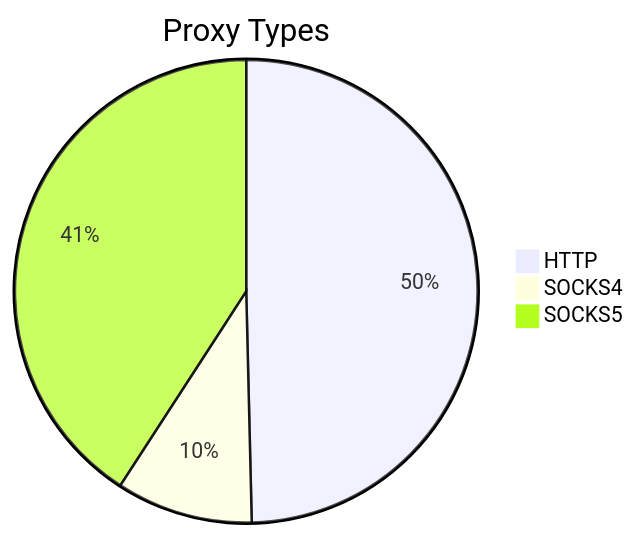
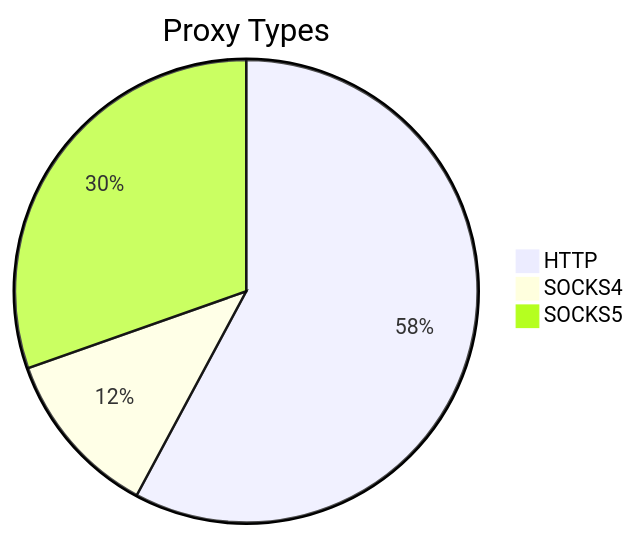
The first of 2 diagrams in README.md (stormsia/proxy-list), drawn with Mermaid before and after one commit. The commit also changed other lines of this file, not shown here.

````diff
--- a/README.md
+++ b/README.md
@@ -21,6 +21,6 @@
 ```mermaid
 pie title Proxy Types
-    "HTTP" : 130
-    "SOCKS4" : 25
-    "SOCKS5" : 107
+    "HTTP" : 177
+    "SOCKS4" : 36
+    "SOCKS5" : 93
 ```
````
